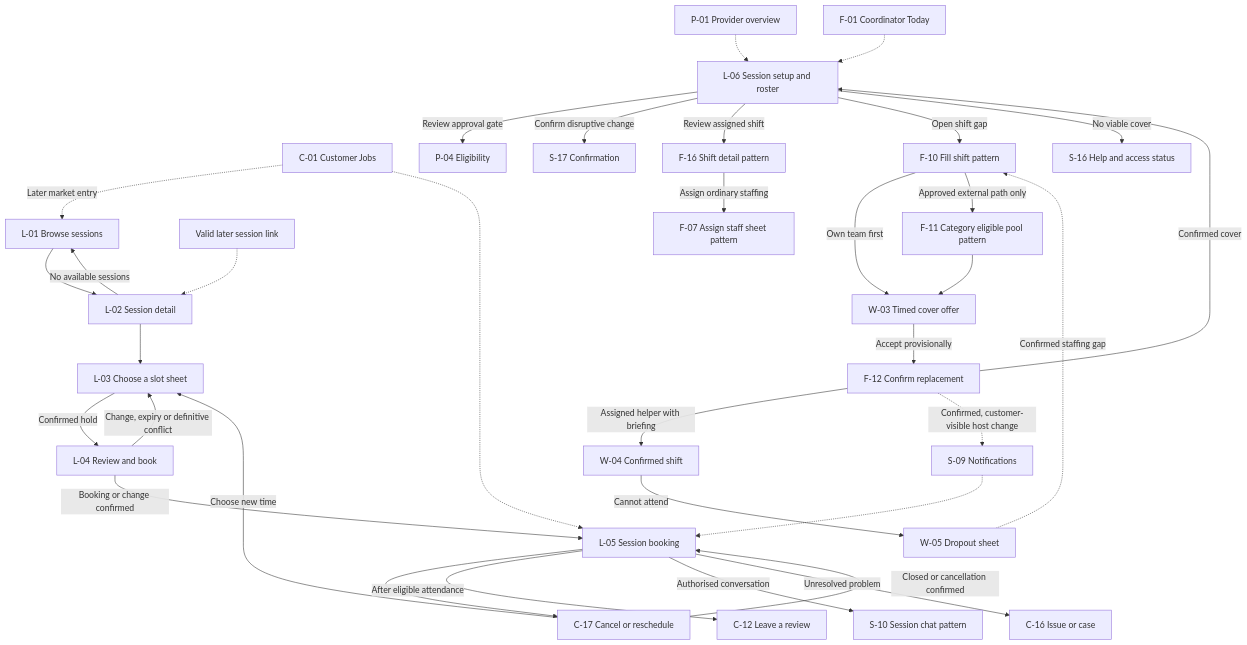
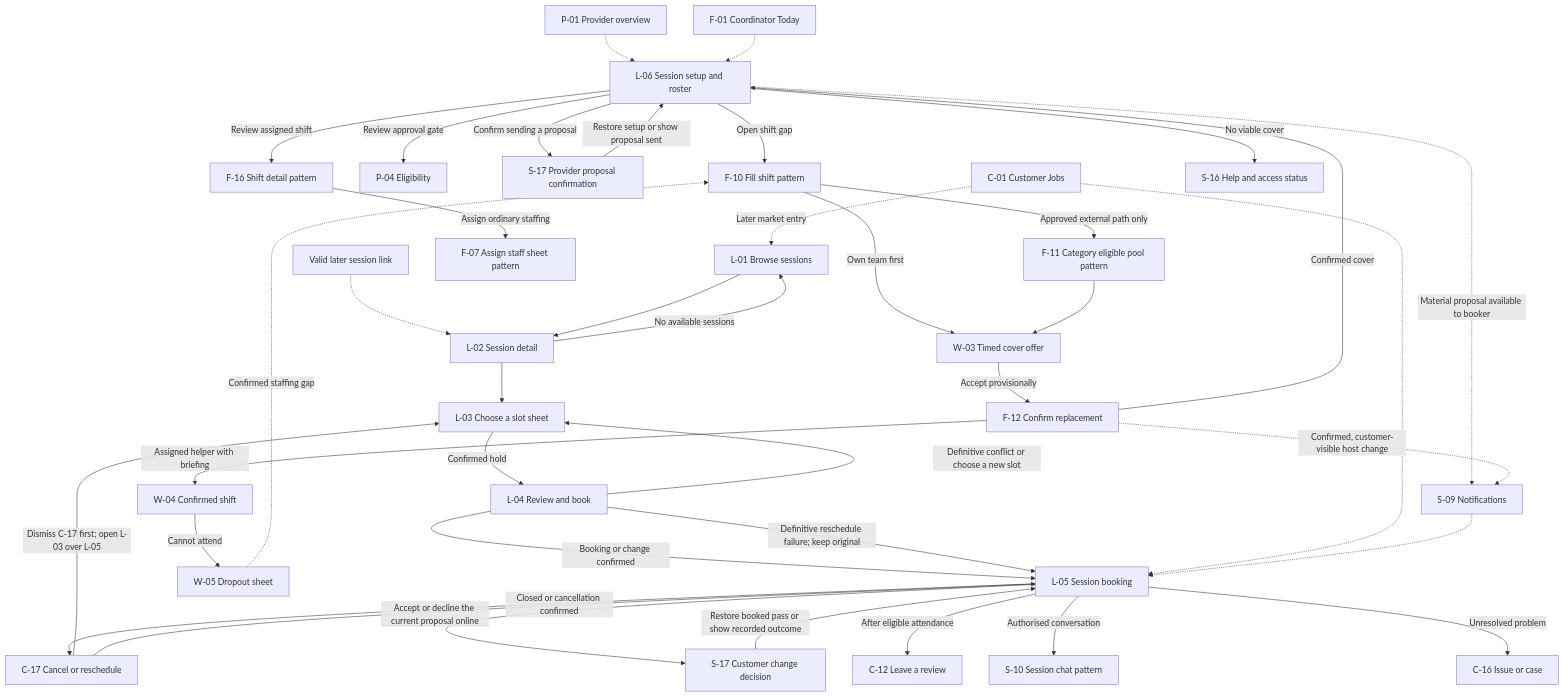
Before and after one commit to Artimunor/bookbuddy: the diagram in design/screens/shared/L-01_L-06-specs.md, drawn with Mermaid. The commit also changed other lines of this file and 49 other files, not shown here.

````diff
--- a/design/screens/shared/L-01_L-06-specs.md
+++ b/design/screens/shared/L-01_L-06-specs.md
@@ -96,36 +100,41 @@
 ```mermaid
 flowchart TD
     C01["C-01 Customer Jobs"] -.->|Later market entry| L01["L-01 Browse sessions"]
     Link["Valid later session link"] -.-> L02["L-02 Session detail"]
     L01 --> L02
     L02 --> L03["L-03 Choose a slot sheet"]
     L03 -->|Confirmed hold| L04["L-04 Review and book"]
-    L04 -->|Change, expiry or definitive conflict| L03
+    L04 -->|Definitive conflict or choose a new slot| L03
     L04 -->|Booking or change confirmed| L05["L-05 Session booking"]
+    L04 -->|Definitive reschedule failure; keep original| L05
     L02 -->|No available sessions| L01
     C01 -.-> L05
     S09["S-09 Notifications"] -.-> L05
     L05 --> C17["C-17 Cancel or reschedule"]
-    C17 -->|Choose new time| L03
+    C17 -->|Dismiss C-17 first; open L-03 over L-05| L03
     C17 -->|Closed or cancellation confirmed| L05
+    L05 -->|Accept or decline the current proposal online| S17C["S-17 Customer change decision"]
+    S17C -->|Restore booked pass or show recorded outcome| L05
     L05 -->|After eligible attendance| C12["C-12 Leave a review"]
     L05 -->|Authorised conversation| S10["S-10 Session chat pattern"]
     L05 -->|Unresolved problem| C16["C-16 Issue or case"]
     P01["P-01 Provider overview"] -.-> L06["L-06 Session setup and roster"]
     F01["F-01 Coordinator Today"] -.-> L06
     L06 -->|Review approval gate| P04["P-04 Eligibility"]
-    L06 -->|Confirm disruptive change| S17["S-17 Confirmation"]
+    L06 -->|Confirm sending a proposal| S17P["S-17 Provider proposal confirmation"]
+    S17P -->|Restore setup or show proposal sent| L06
+    L06 -.->|Material proposal available to booker| S09
     L06 -->|Review assigned shift| F16["F-16 Shift detail pattern"]
     F16 -->|Assign ordinary staffing| F07["F-07 Assign staff sheet pattern"]
     L06 -->|Open shift gap| F10["F-10 Fill shift pattern"]
     F10 -->|Own team first| W03["W-03 Timed cover offer"]
     F10 -->|Approved external path only| F11["F-11 Category eligible pool pattern"]
     F11 --> W03
     W03 -->|Accept provisionally| F12["F-12 Confirm replacement"]
     F12 -->|Confirmed cover| L06
     F12 -->|Assigned helper with briefing| W04["W-04 Confirmed shift"]
     W04 -->|Cannot attend| W05["W-05 Dropout sheet"]
     W05 -.->|Confirmed staffing gap| F10
     F12 -.->|Confirmed, customer-visible host change| S09
     L06 -->|No viable cover| S16["S-16 Help and access status"]
 ```
````
